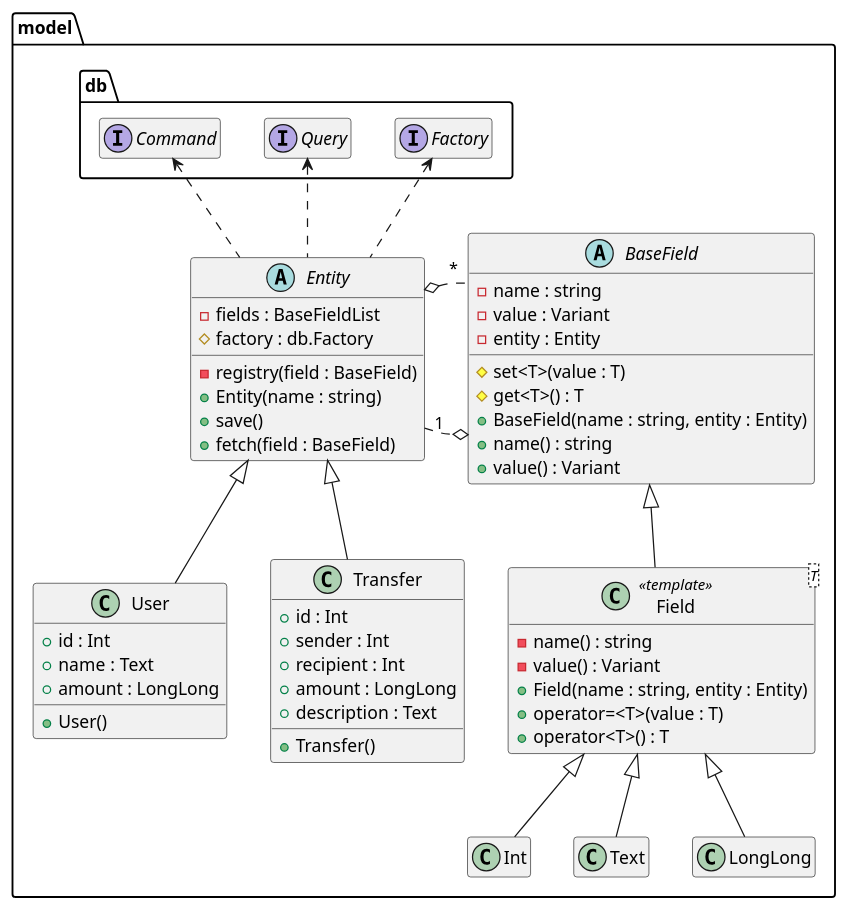
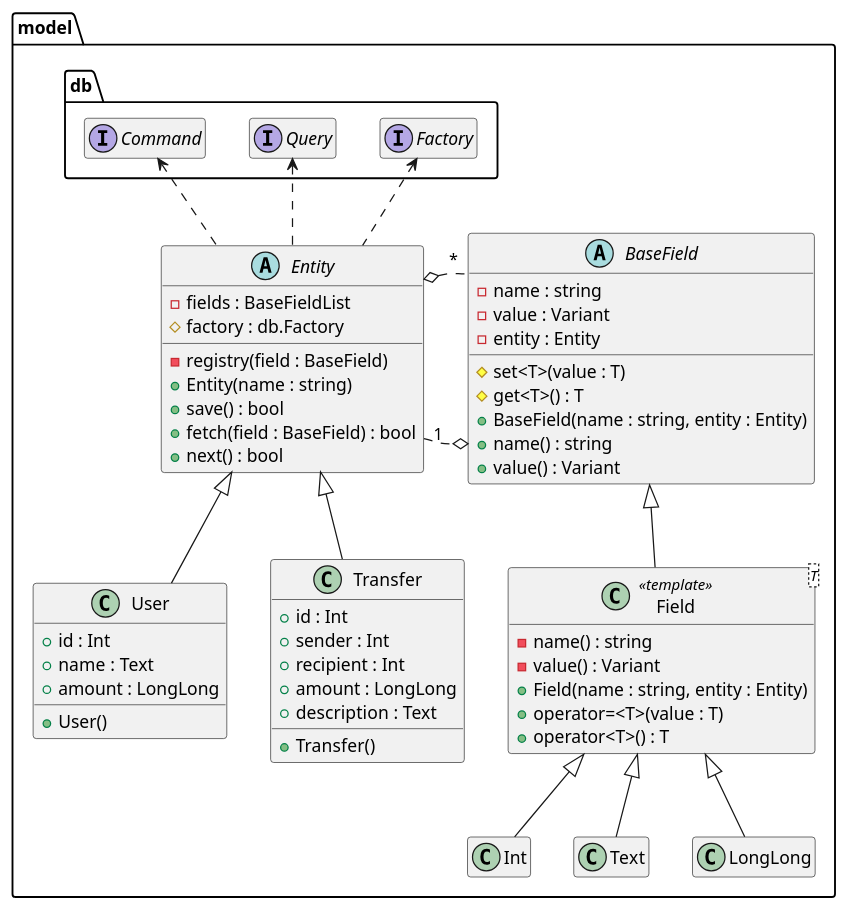
Before and after one commit to bonewell/moneybox: the diagram in uml/model-class.puml, drawn with PlantUML. The commit also changed 33 other files, not shown here.

```diff
--- a/uml/model-class.puml
+++ b/uml/model-class.puml
@@ -1,61 +1,62 @@
 @startuml
 hide empty members
 namespace model {
     namespace db {
         interface Factory
         interface Query
         interface Command
     }
     abstract class Entity {
         - fields : BaseFieldList
         # factory : db.Factory
         - registry(field : BaseField)
         + Entity(name : string)
-        + save()
-        + fetch(field : BaseField)
+        + save() : bool
+        + fetch(field : BaseField) : bool
+        + next() : bool
     }
     abstract class BaseField {
         - name : string
         - value : Variant
         - entity : Entity
         # set<T>(value : T)
         # get<T>() : T
         + BaseField(name : string, entity : Entity)
         + name() : string
         + value() : Variant
     }
     class Field<T> << template>> {
         - name() : string
         - value() : Variant
         + Field(name : string, entity : Entity)
         + operator=<T>(value : T)
         + operator<T>() : T
     }
     class User {
         + User()
         + id : Int
         + name : Text
         + amount : LongLong
     }
     class Transfer {
         + Transfer()
         + id : Int
         + sender : Int
         + recipient : Int
         + amount : LongLong
         + description : Text
     }
 
     BaseField <|-- Field
     Field <|-- Int
     Field <|-- Text
     Field <|-- LongLong
     model.db.Factory <.. Entity
     model.db.Query <.. Entity
     model.db.Command <.. Entity
     Entity "1" .o BaseField
     Entity o. "*" BaseField
     Entity <|-- User
     Entity <|-- Transfer
 }
 @enduml
```
